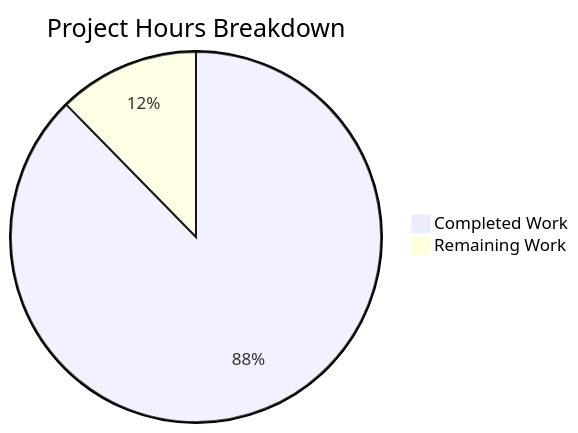
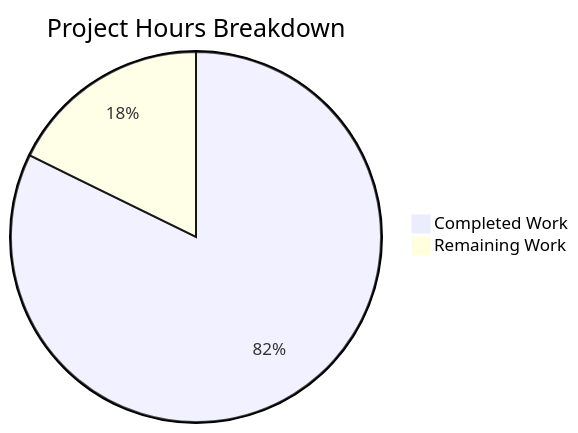
The second of 2 diagrams in blitzy/documentation/Project Guide.md (blitzy-public-samples/blitzy-triton), drawn with Mermaid before and after one commit. The commit also changed other lines of this file, not shown here.

Commit message:
Adding Blitzy Project Guide: Project Status and Human Tasks Remaining

````diff
--- a/blitzy/documentation/Project Guide.md
+++ b/blitzy/documentation/Project Guide.md
@@ -234,5 +240,5 @@
 ```mermaid
 pie title Project Hours Breakdown
-    "Completed Work" : 270
-    "Remaining Work" : 38
+    "Completed Work" : 334
+    "Remaining Work" : 72
 ```
````
